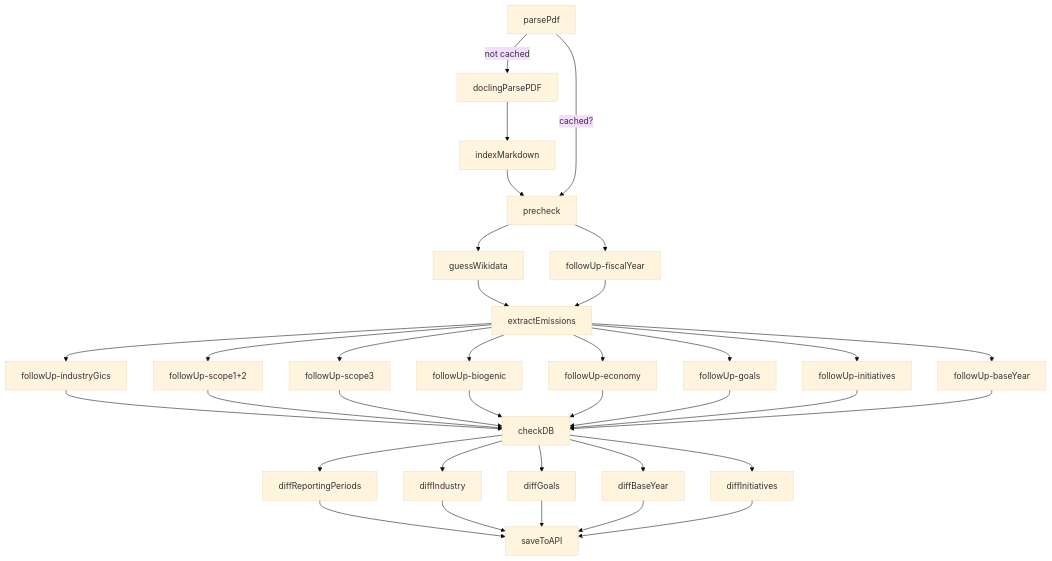
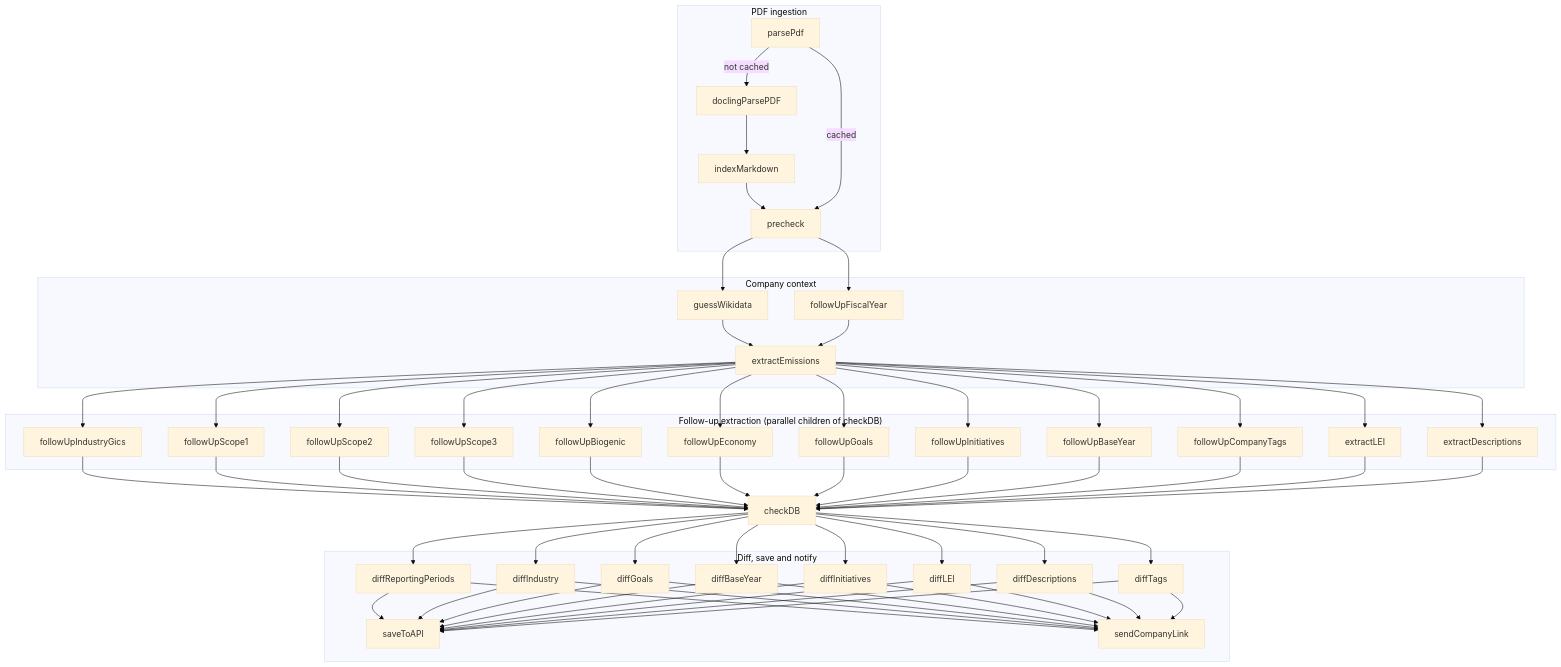
Before and after one commit to Klimatbyran/garbo: the diagram in README.md, drawn with Mermaid (base theme). The commit also changed other lines of this file and 1 other file, not shown here.

Commit message:
docs: expand pipeline mermaid diagrams to match all queue jobs
Document the full follow-up, diff, saveToAPI, and sendCompanyLink flow and align pipeline.md prose with the current workers.

````diff
--- a/README.md
+++ b/README.md
@@ -21,37 +21,54 @@
 ```mermaid
 flowchart TD
-    A[parsePdf] -->|not cached| B[doclingParsePDF]
-    B --> C[indexMarkdown]
-    C --> D[precheck]
-    A -- cached? --> D
-    D --> F[guessWikidata]
-    D --> G[followUp-fiscalYear]
-    F --> H[extractEmissions]
-    G --> H
-    H --> J[followUp-industryGics]
-    H --> K[followUp-scope1+2]
-    H --> L[followUp-scope3]
-    H --> M[followUp-biogenic]
-    H --> N[followUp-economy]
-    H --> O[followUp-goals]
-    H --> P[followUp-initiatives]
-    H --> Q[followUp-baseYear]
-    J --> R[checkDB]
-    K --> R
-    L --> R
-    M --> R
-    N --> R
-    O --> R
-    P --> R
-    Q --> R
-    R --> T[diffReportingPeriods]
-    R --> U[diffIndustry]
-    R --> V[diffGoals]
-    R --> W[diffBaseYear]
-    R --> X[diffInitiatives]
-    T --> Y[saveToAPI]
-    U --> Y
-    V --> Y
-    W --> Y
-    X --> Y
+    subgraph ingest["PDF ingestion"]
+        A[parsePdf] -->|not cached| B[doclingParsePDF]
+        B --> C[indexMarkdown]
+        C --> D[precheck]
+        A -->|cached| D
+    end
+
+    subgraph context["Company context"]
+        F[guessWikidata]
+        G[followUpFiscalYear]
+        H[extractEmissions]
+        D --> F
+        D --> G
+        F --> H
+        G --> H
+    end
+
+    subgraph followups["Follow-up extraction (parallel children of checkDB)"]
+        J[followUpIndustryGics]
+        K1[followUpScope1]
+        K2[followUpScope2]
+        L[followUpScope3]
+        M[followUpBiogenic]
+        N[followUpEconomy]
+        O[followUpGoals]
+        P[followUpInitiatives]
+        Q[followUpBaseYear]
+        CT[followUpCompanyTags]
+        LEI[extractLEI]
+        DESC[extractDescriptions]
+    end
+
+    H --> J & K1 & K2 & L & M & N & O & P & Q & CT & LEI & DESC
+    J & K1 & K2 & L & M & N & O & P & Q & CT & LEI & DESC --> R[checkDB]
+
+    subgraph persist["Diff, save and notify"]
+        DR[diffReportingPeriods]
+        DI[diffIndustry]
+        DG[diffGoals]
+        DBY[diffBaseYear]
+        DIN[diffInitiatives]
+        DLEI[diffLEI]
+        DD[diffDescriptions]
+        DT[diffTags]
+        Y[saveToAPI]
+        SC[sendCompanyLink]
+    end
+
+    R --> DR & DI & DG & DBY & DIN & DLEI & DD & DT
+    DR & DI & DG & DBY & DIN & DLEI & DD & DT --> Y
+    DR & DI & DG & DBY & DIN & DLEI & DD & DT --> SC
 ```
````
